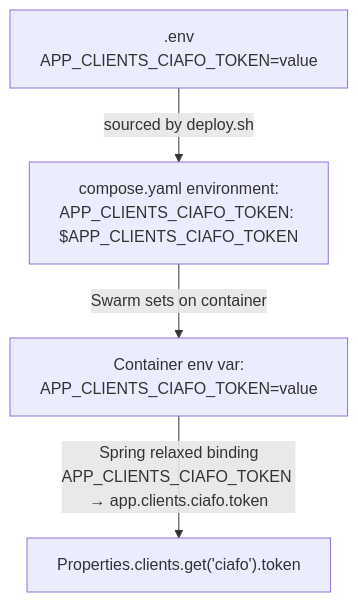
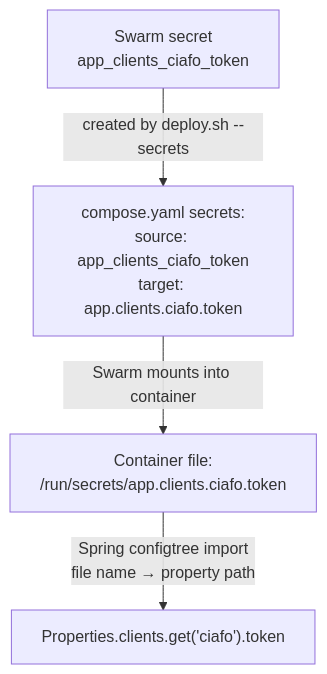
The second of 2 diagrams in prompts/outsideworx/auth.md (outsideworx/.kiro), drawn with Mermaid before and after one commit. The commit also changed other lines of this file and 9 other files, not shown here.

````diff
--- a/prompts/outsideworx/auth.md
+++ b/prompts/outsideworx/auth.md
@@ -133,11 +133,11 @@
 ```mermaid
 flowchart TD
-    env[".env\nAPP_CLIENTS_CIAFO_TOKEN=value"]
-    compose["compose.yaml environment:\nAPP_CLIENTS_CIAFO_TOKEN: $APP_CLIENTS_CIAFO_TOKEN"]
-    container["Container env var:\nAPP_CLIENTS_CIAFO_TOKEN=value"]
+    secret["Swarm secret\napp_clients_ciafo_token"]
+    compose["compose.yaml secrets:\nsource: app_clients_ciafo_token\ntarget: app.clients.ciafo.token"]
+    container["Container file:\n/run/secrets/app.clients.ciafo.token"]
     props["Properties.clients.get('ciafo').token"]
 
-    env -->|"sourced by deploy.sh"| compose
-    compose -->|"Swarm sets on container"| container
-    container -->|"Spring relaxed binding\nAPP_CLIENTS_CIAFO_TOKEN → app.clients.ciafo.token"| props
+    secret -->|"created by deploy.sh --secrets"| compose
+    compose -->|"Swarm mounts into container"| container
+    container -->|"Spring configtree import\nfile name → property path"| props
 ```
````
